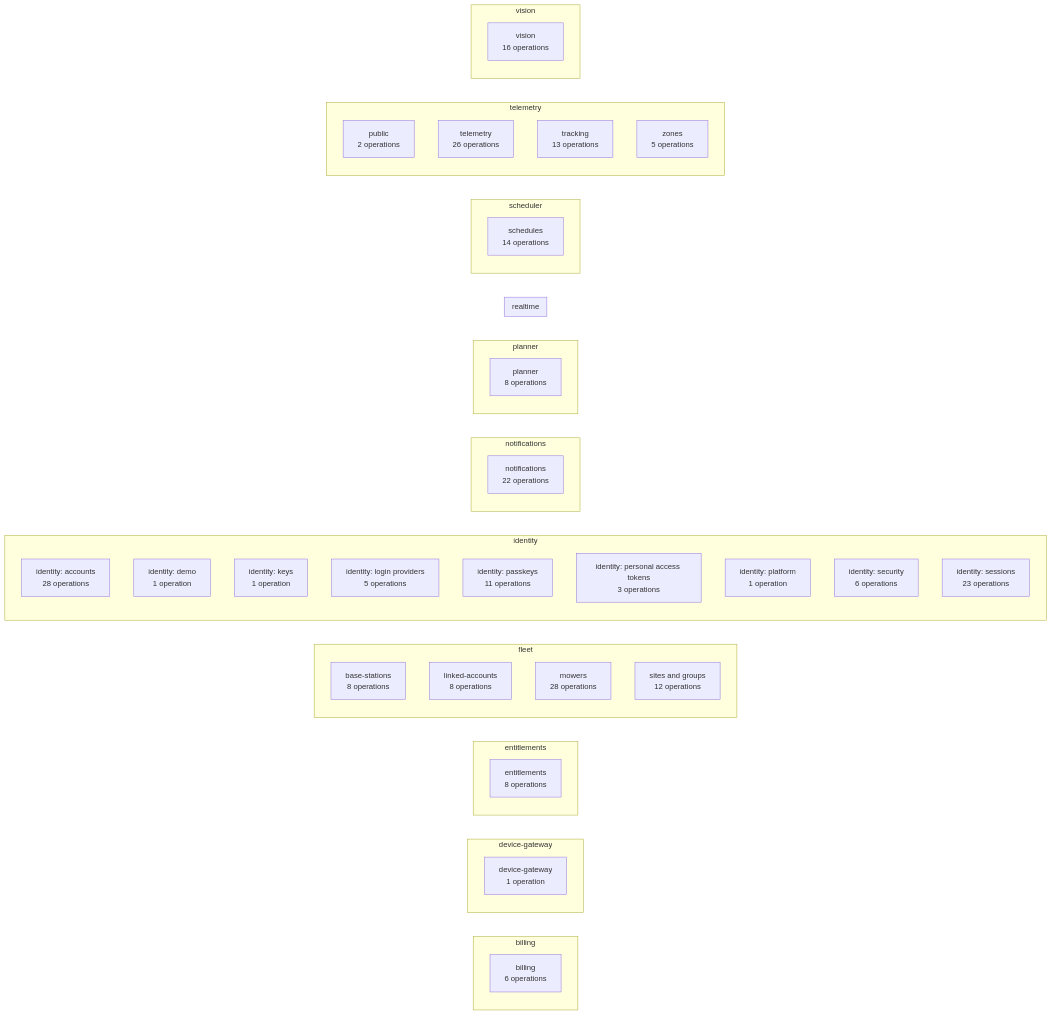
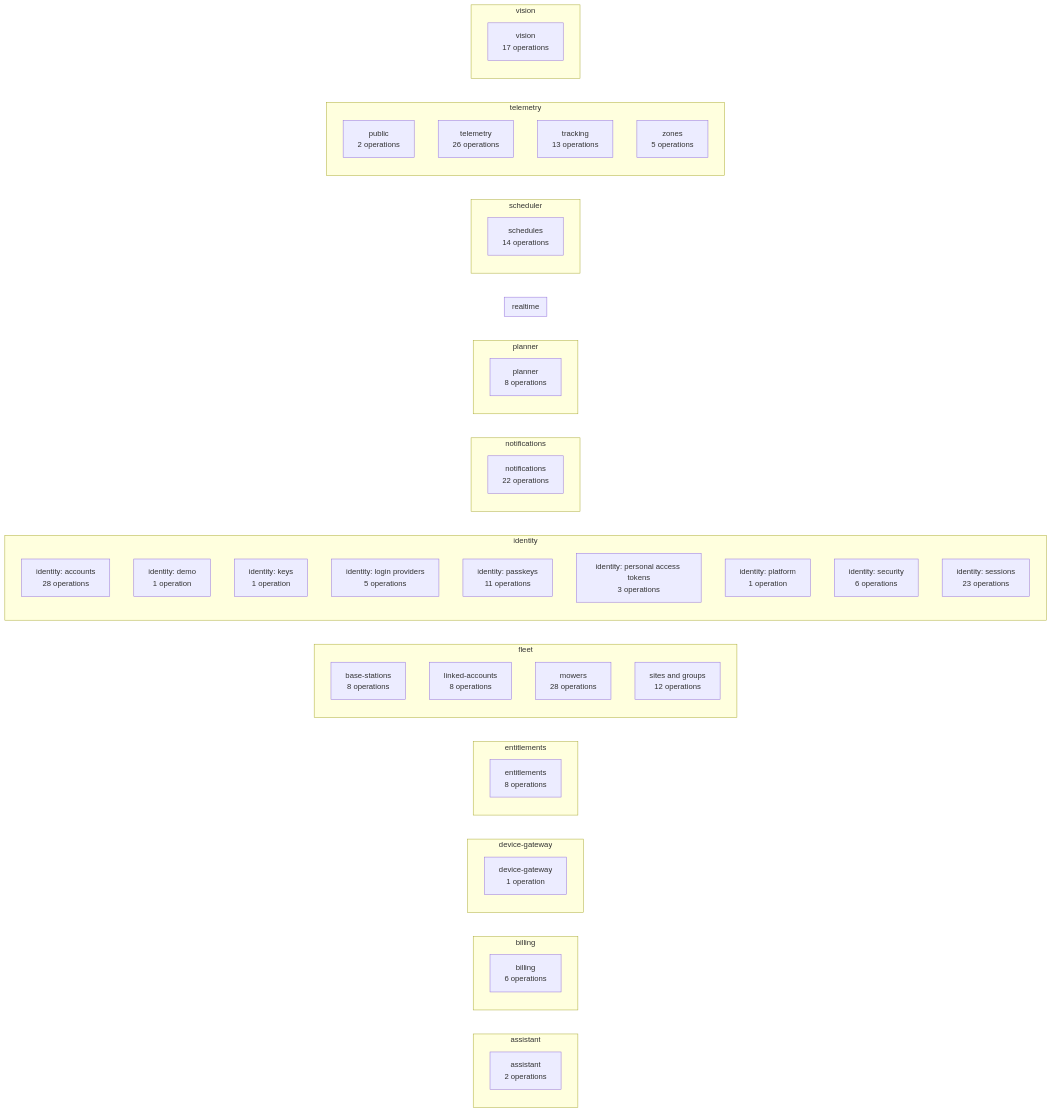
Diagram 14 of 15 in docs/architecture/generated.md (lukislp/mowdeck), drawn with Mermaid before and after one commit. The commit also changed other lines of this file and 118 other files, not shown here.

````diff
--- a/docs/architecture/generated.md
+++ b/docs/architecture/generated.md
@@ -440,60 +449,64 @@
 ```mermaid
 flowchart LR
+  subgraph assistant["assistant"]
+    direction TB
+    assistant_assistant["assistant<br/>2 operations"]
+  end
   subgraph billing["billing"]
     direction TB
     billing_billing["billing<br/>6 operations"]
   end
   subgraph device_gateway["device-gateway"]
     direction TB
     device_gateway_device_gateway["device-gateway<br/>1 operation"]
   end
   subgraph entitlements["entitlements"]
     direction TB
     entitlements_entitlements["entitlements<br/>8 operations"]
   end
   subgraph fleet["fleet"]
     direction TB
     fleet_base_stations["base-stations<br/>8 operations"]
     fleet_linked_accounts["linked-accounts<br/>8 operations"]
     fleet_mowers["mowers<br/>28 operations"]
     fleet_sites_and_groups["sites and groups<br/>12 operations"]
   end
   subgraph identity["identity"]
     direction TB
     identity_identity__accounts["identity: accounts<br/>28 operations"]
     identity_identity__demo["identity: demo<br/>1 operation"]
     identity_identity__keys["identity: keys<br/>1 operation"]
     identity_identity__login_providers["identity: login providers<br/>5 operations"]
     identity_identity__passkeys["identity: passkeys<br/>11 operations"]
     identity_identity__personal_access_tokens["identity: personal access tokens<br/>3 operations"]
     identity_identity__platform["identity: platform<br/>1 operation"]
     identity_identity__security["identity: security<br/>6 operations"]
     identity_identity__sessions["identity: sessions<br/>23 operations"]
   end
   subgraph notifications["notifications"]
     direction TB
     notifications_notifications["notifications<br/>22 operations"]
   end
   subgraph planner["planner"]
     direction TB
     planner_planner["planner<br/>8 operations"]
   end
   subgraph realtime["realtime"]
     direction TB
   end
   subgraph scheduler["scheduler"]
     direction TB
     scheduler_schedules["schedules<br/>14 operations"]
   end
   subgraph telemetry["telemetry"]
     direction TB
     telemetry_public["public<br/>2 operations"]
     telemetry_telemetry["telemetry<br/>26 operations"]
     telemetry_tracking["tracking<br/>13 operations"]
     telemetry_zones["zones<br/>5 operations"]
   end
   subgraph vision["vision"]
     direction TB
-    vision_vision["vision<br/>16 operations"]
+    vision_vision["vision<br/>17 operations"]
   end
 ```
````
